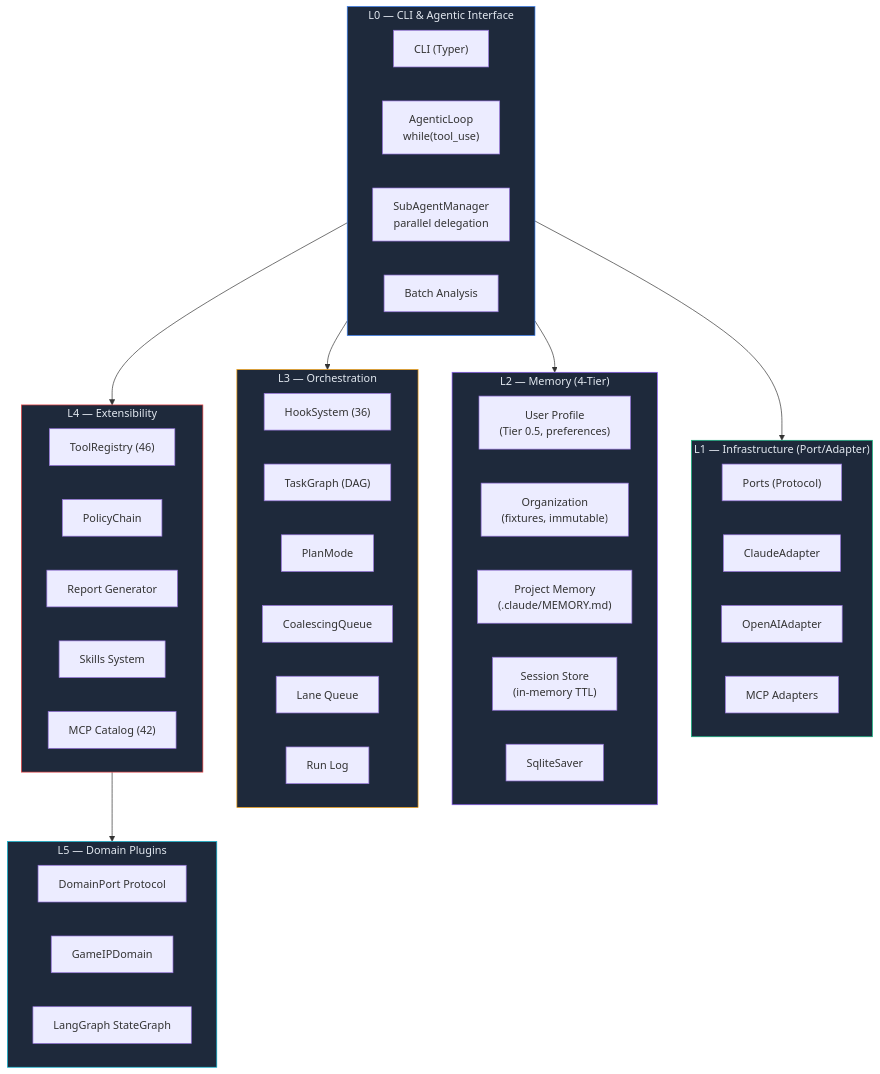
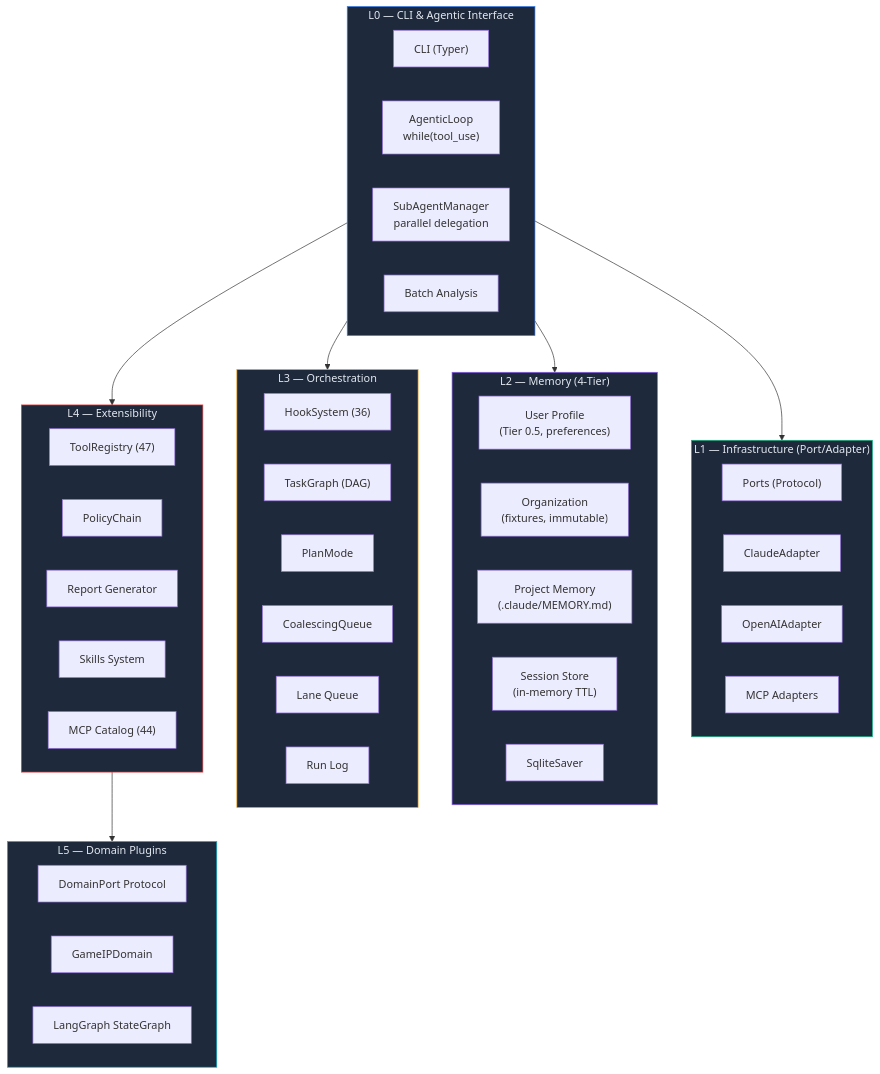
Before and after one commit to mangowhoiscloud/geode: the first of 11 diagrams in docs/architecture.md, drawn with Mermaid. The commit also changed other lines of this file and 3 other files, not shown here.

First line of the commit message:
fix: 수치 정합성 — Tools 46→47, MCP 42/43→44, Tests 3109→3181, 폴더 구조 실측 반영

````diff
--- a/docs/architecture.md
+++ b/docs/architecture.md
@@ -7,60 +7,60 @@
 ```mermaid
 graph TB
     subgraph L0["L0 — CLI & Agentic Interface"]
         CLI["CLI (Typer)"]
         AL["AgenticLoop<br/>while(tool_use)"]
         SubA["SubAgentManager<br/>parallel delegation"]
         Batch["Batch Analysis"]
     end
 
     subgraph L1["L1 — Infrastructure (Port/Adapter)"]
         direction LR
         Ports["Ports (Protocol)"]
         Claude["ClaudeAdapter"]
         OpenAI["OpenAIAdapter"]
         MCP["MCP Adapters"]
     end
 
     subgraph L2["L2 — Memory (4-Tier)"]
         UserProf["User Profile<br/>(Tier 0.5, preferences)"]
         Org["Organization<br/>(fixtures, immutable)"]
         Project["Project Memory<br/>(.claude/MEMORY.md)"]
         Session["Session Store<br/>(in-memory TTL)"]
         Checkpoint["SqliteSaver"]
     end
 
     subgraph L3["L3 — Orchestration"]
         Hooks["HookSystem (36)"]
         Tasks["TaskGraph (DAG)"]
         Plan["PlanMode"]
         Coal["CoalescingQueue"]
         Lanes["Lane Queue"]
         RunLog["Run Log"]
     end
 
     subgraph L4["L4 — Extensibility"]
-        Tools["ToolRegistry (46)"]
+        Tools["ToolRegistry (47)"]
         Policy["PolicyChain"]
         Reports["Report Generator"]
         Skills["Skills System"]
-        MCPCat["MCP Catalog (42)"]
+        MCPCat["MCP Catalog (44)"]
     end
 
     subgraph L5["L5 — Domain Plugins"]
         Domain["DomainPort Protocol"]
         GameIP["GameIPDomain"]
         Pipeline["LangGraph StateGraph"]
     end
 
     L0 --> L1
     L0 --> L2
     L0 --> L3
     L0 --> L4
     L4 --> L5
     style L0 fill:#1e293b,stroke:#3b82f6,color:#e2e8f0
     style L1 fill:#1e293b,stroke:#10b981,color:#e2e8f0
     style L2 fill:#1e293b,stroke:#8b5cf6,color:#e2e8f0
     style L3 fill:#1e293b,stroke:#f59e0b,color:#e2e8f0
     style L4 fill:#1e293b,stroke:#ef4444,color:#e2e8f0
     style L5 fill:#1e293b,stroke:#06b6d4,color:#e2e8f0
 ```
````
